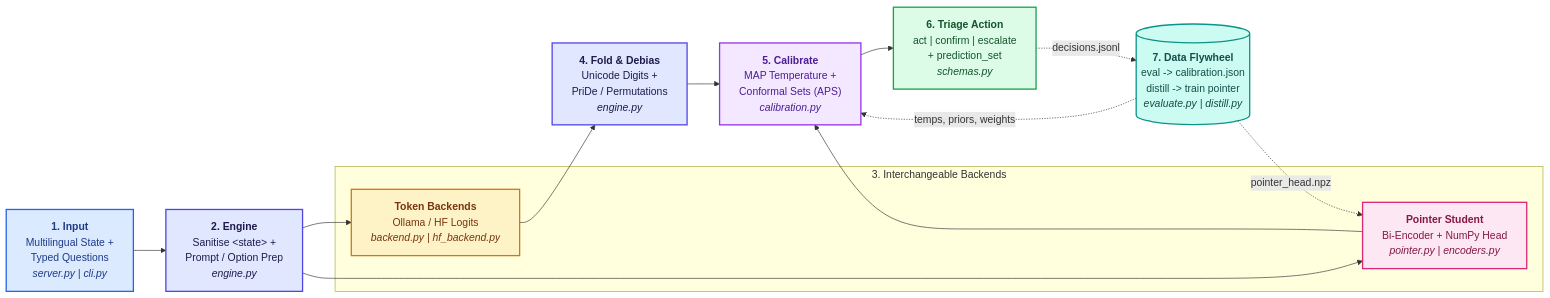
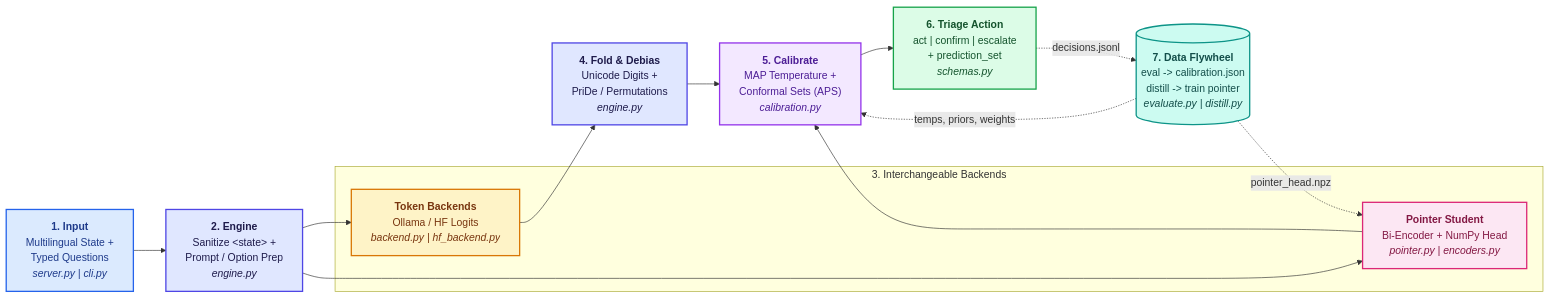
One commit to dpowale/jevlite changed the diagram in README.md. Above: the diagram before and after it, drawn with Mermaid. The commit also changed other lines of this file, not shown here.

````diff
--- a/README.md
+++ b/README.md
@@ -84,31 +84,31 @@
 ```mermaid
 flowchart LR
     IN["<b>1. Input</b><br/>Multilingual State +<br/>Typed Questions<br/><i>server.py | cli.py</i>"]:::entry
-    ENG["<b>2. Engine</b><br/>Sanitise &lt;state&gt; +<br/>Prompt / Option Prep<br/><i>engine.py</i>"]:::engine
+    ENG["<b>2. Engine</b><br/>Sanitize &lt;state&gt; +<br/>Prompt / Option Prep<br/><i>engine.py</i>"]:::engine
 
     subgraph Backends["3. Interchangeable Backends"]
         LLM["<b>Token Backends</b><br/>Ollama / HF Logits<br/><i>backend.py | hf_backend.py</i>"]:::backend
         PTR["<b>Pointer Student</b><br/>Bi-Encoder + NumPy Head<br/><i>pointer.py | encoders.py</i>"]:::student
     end
 
     FOLD["<b>4. Fold &amp; Debias</b><br/>Unicode Digits +<br/>PriDe / Permutations<br/><i>engine.py</i>"]:::engine
     CAL["<b>5. Calibrate</b><br/>MAP Temperature +<br/>Conformal Sets (APS)<br/><i>calibration.py</i>"]:::calib
     OUT["<b>6. Triage Action</b><br/>act | confirm | escalate<br/>+ prediction_set<br/><i>schemas.py</i>"]:::action
     FLY[("<b>7. Data Flywheel</b><br/>eval -&gt; calibration.json<br/>distill -&gt; train pointer<br/><i>evaluate.py | distill.py</i>")]:::flywheel
 
     IN --> ENG
     ENG --> LLM --> FOLD --> CAL
     ENG --> PTR --> CAL
     CAL --> OUT
     OUT -.->|"decisions.jsonl"| FLY
     FLY -.->|"temps, priors, weights"| CAL
     FLY -.->|"pointer_head.npz"| PTR
 
     classDef entry fill:#DBEAFE,stroke:#2563EB,stroke-width:2px,color:#1E3A8A
     classDef engine fill:#E0E7FF,stroke:#4F46E5,stroke-width:2px,color:#1E1B4B
     classDef backend fill:#FEF3C7,stroke:#D97706,stroke-width:2px,color:#78350F
     classDef student fill:#FCE7F3,stroke:#DB2777,stroke-width:2px,color:#831843
     classDef calib fill:#F3E8FF,stroke:#9333EA,stroke-width:2px,color:#4C1D95
     classDef action fill:#DCFCE7,stroke:#16A34A,stroke-width:2px,color:#14532D
     classDef flywheel fill:#CCFBF1,stroke:#0D9488,stroke-width:2px,color:#134E4A
 ```
````
